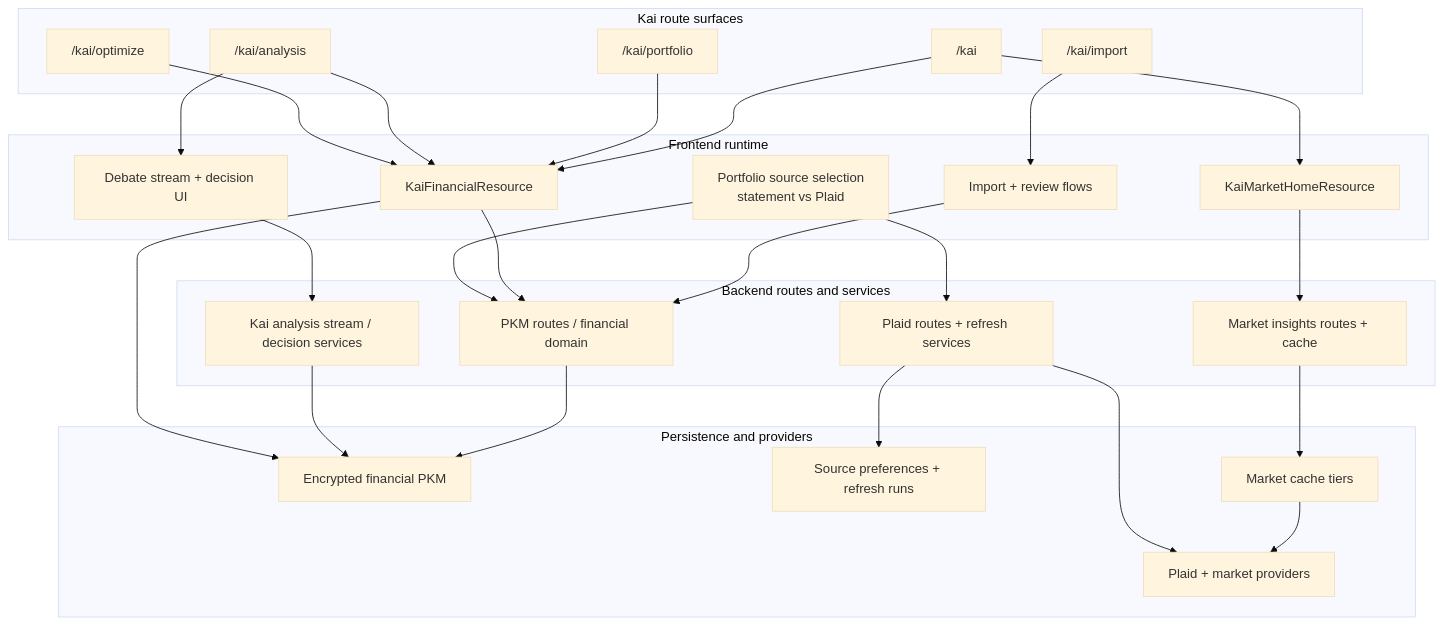
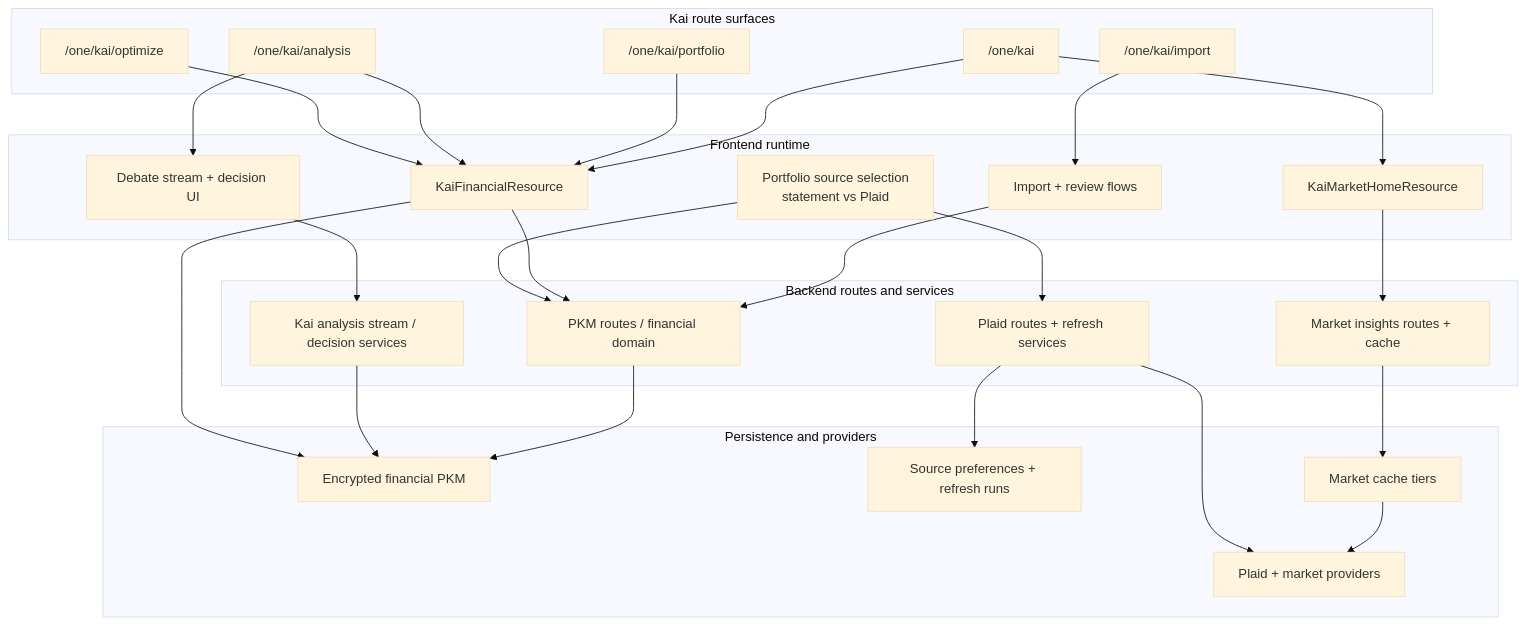
One commit to KARTHI-77/hushh-research changed the diagram in docs/reference/kai/kai-interconnection-map.md. Above: the diagram before and after it, drawn with Mermaid (base theme). The commit also changed other lines of this file and 99 other files, not shown here.

````diff
--- a/docs/reference/kai/kai-interconnection-map.md
+++ b/docs/reference/kai/kai-interconnection-map.md
@@ -6,45 +6,45 @@
 ```mermaid
 flowchart TB
   subgraph routes["Kai route surfaces"]
-    import["/kai/import"]
-    home["/kai"]
-    portfolio["/kai/portfolio"]
-    analysis["/kai/analysis"]
-    optimize["/kai/optimize"]
+    import["/one/kai/import"]
+    home["/one/kai"]
+    portfolio["/one/kai/portfolio"]
+    analysis["/one/kai/analysis"]
+    optimize["/one/kai/optimize"]
   end
 
   subgraph frontend["Frontend runtime"]
     flow["Import + review flows"]
     financial["KaiFinancialResource"]
     market["KaiMarketHomeResource"]
     source["Portfolio source selection<br/>statement vs Plaid"]
     stream["Debate stream + decision UI"]
   end
 
   subgraph backend["Backend routes and services"]
     pkm["PKM routes / financial domain"]
     plaid["Plaid routes + refresh services"]
     insights["Market insights routes + cache"]
     debate["Kai analysis stream / decision services"]
   end
 
   subgraph data["Persistence and providers"]
     encrypted["Encrypted financial PKM"]
     prefs["Source preferences + refresh runs"]
     marketcache["Market cache tiers"]
     providers["Plaid + market providers"]
   end
 
   import --> flow --> pkm --> encrypted
   home --> market --> insights --> marketcache --> providers
   home --> financial
   portfolio --> financial --> pkm
   analysis --> stream --> debate
   analysis --> financial
   optimize --> financial
   source --> plaid --> prefs
   source --> pkm
   plaid --> providers
   debate --> encrypted
   financial --> encrypted
 ```
````
